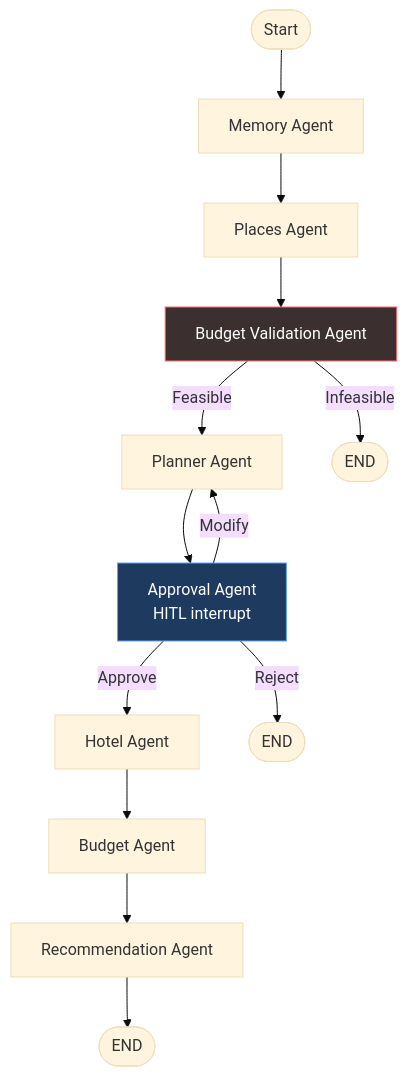
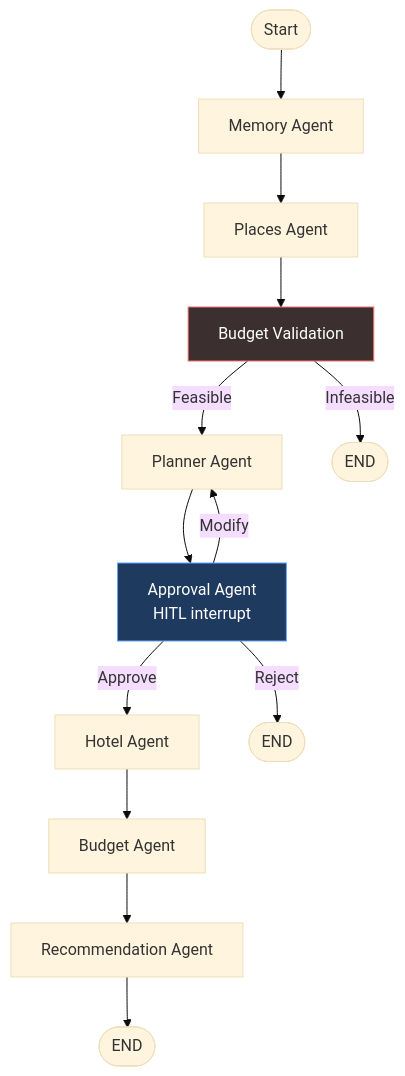
One commit to Nailasalim/agentic-travel-assistant changed the diagram in README.md. Above: the diagram before and after it, drawn with Mermaid (base theme). The commit also changed other lines of this file, not shown here.

````diff
--- a/README.md
+++ b/README.md
@@ -67,22 +31,22 @@
 ```mermaid
 flowchart TD
     START([Start]) --> Memory[Memory Agent]
     Memory --> Places[Places Agent]
-    Places --> BudgetVal[Budget Validation Agent]
+    Places --> BudgetVal[Budget Validation]
 
     BudgetVal -->|Feasible| Planner[Planner Agent]
     BudgetVal -->|Infeasible| END1([END])
 
     Planner --> Approval[Approval Agent<br/>HITL interrupt]
 
     Approval -->|Approve| Hotel[Hotel Agent]
     Approval -->|Modify| Planner
     Approval -->|Reject| END2([END])
 
     Hotel --> Budget[Budget Agent]
     Budget --> Rec[Recommendation Agent]
     Rec --> END3([END])
 
     style Approval fill:#1e3a5f,stroke:#60a5fa,color:#fff
     style BudgetVal fill:#3b2f2f,stroke:#f87171,color:#fff
 ```
````
